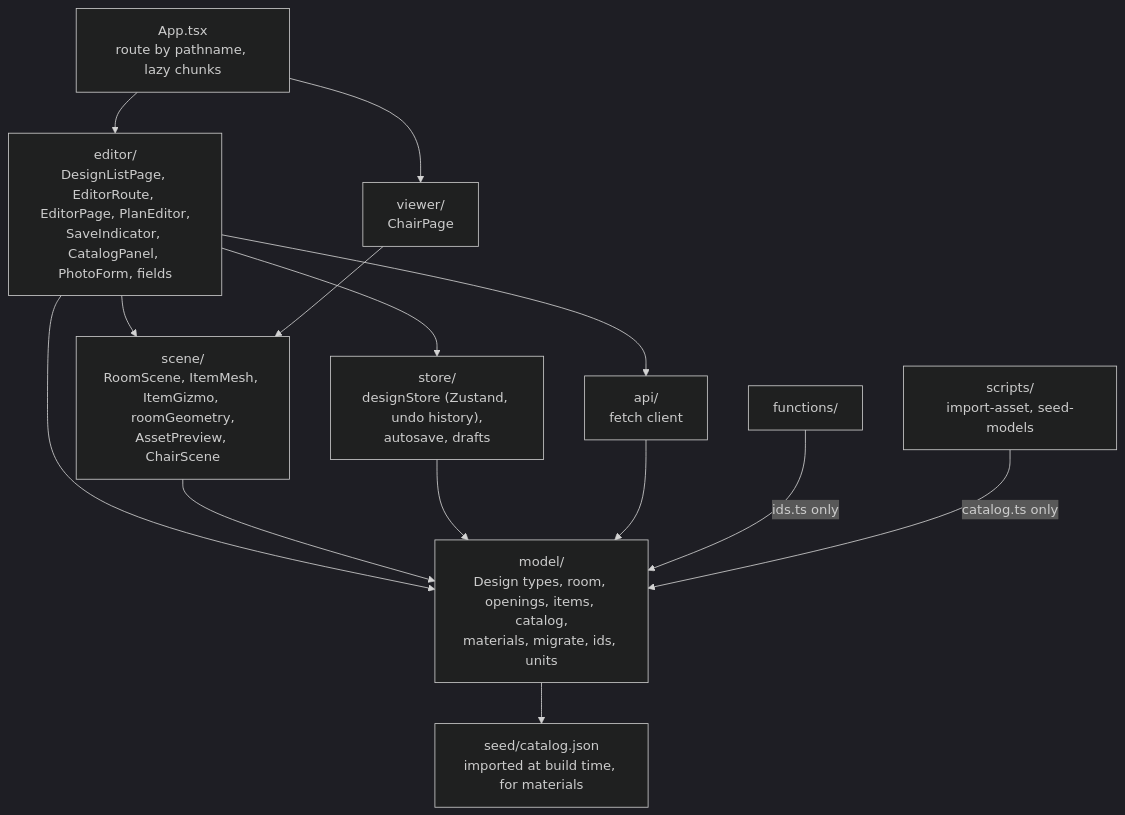
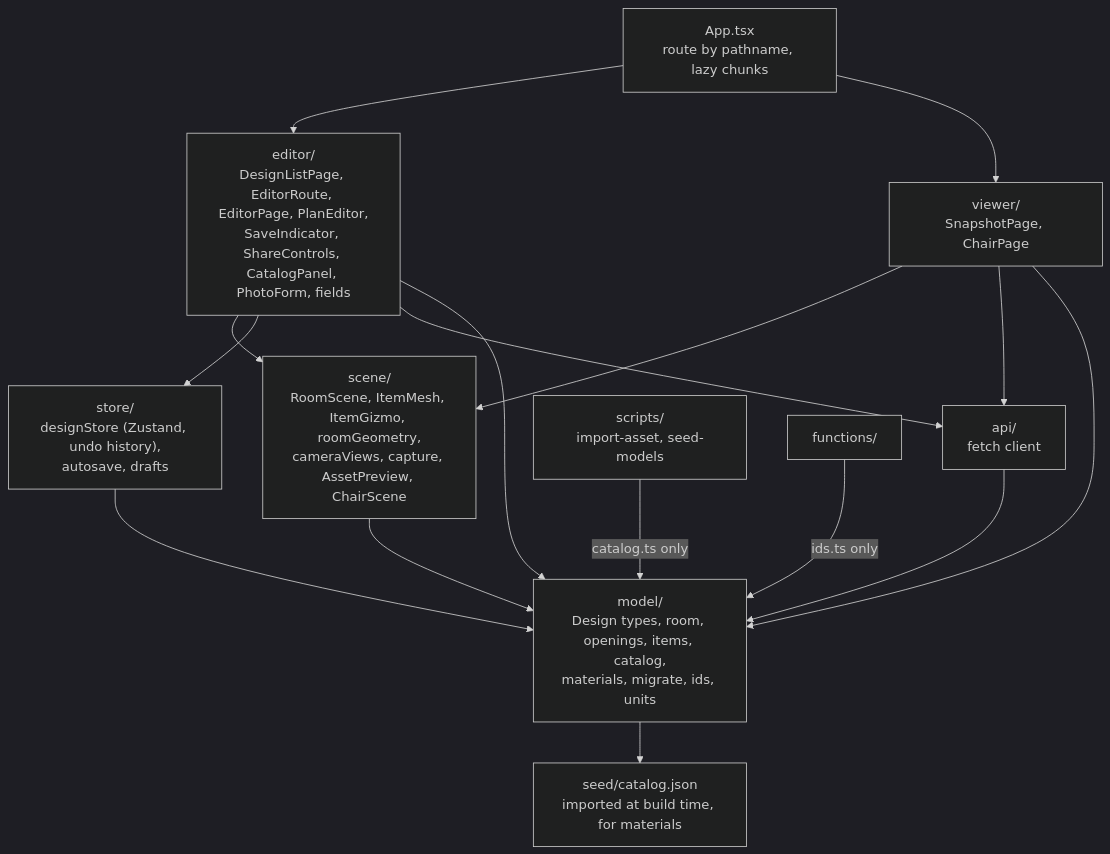
Before and after one commit to davidopluslau/whimsy-forge: the second of 7 diagrams in docs/SYSTEM_DESIGN.md, drawn with Mermaid (dark theme). The commit also changed other lines of this file and 31 other files, not shown here.

````diff
--- a/docs/SYSTEM_DESIGN.md
+++ b/docs/SYSTEM_DESIGN.md
@@ -101,27 +107,29 @@
 ```mermaid
 flowchart TD
     app["App.tsx<br/>route by pathname, lazy chunks"]
-    editor["editor/<br/>DesignListPage, EditorRoute, EditorPage, PlanEditor,<br/>SaveIndicator, CatalogPanel, PhotoForm, fields"]
-    viewer["viewer/<br/>ChairPage"]
-    scene["scene/<br/>RoomScene, ItemMesh, ItemGizmo, roomGeometry,<br/>AssetPreview, ChairScene"]
+    editor["editor/<br/>DesignListPage, EditorRoute, EditorPage, PlanEditor,<br/>SaveIndicator, ShareControls, CatalogPanel, PhotoForm, fields"]
+    viewer["viewer/<br/>SnapshotPage, ChairPage"]
+    scene["scene/<br/>RoomScene, ItemMesh, ItemGizmo, roomGeometry,<br/>cameraViews, capture, AssetPreview, ChairScene"]
     store["store/<br/>designStore (Zustand, undo history),<br/>autosave, drafts"]
     api["api/<br/>fetch client"]
     model["model/<br/>Design types, room, openings, items, catalog,<br/>materials, migrate, ids, units"]
     materials["seed/catalog.json<br/>imported at build time, for materials"]
     scripts["scripts/<br/>import-asset, seed-models"]
     fns["functions/"]
 
     app --> editor
     app --> viewer
     editor --> scene
     editor --> store
     editor --> api
     editor --> model
     viewer --> scene
+    viewer --> api
+    viewer --> model
     scene --> model
     store --> model
     api --> model
     model --> materials
     fns -->|"ids.ts only"| model
     scripts -->|"catalog.ts only"| model
 ```
````
